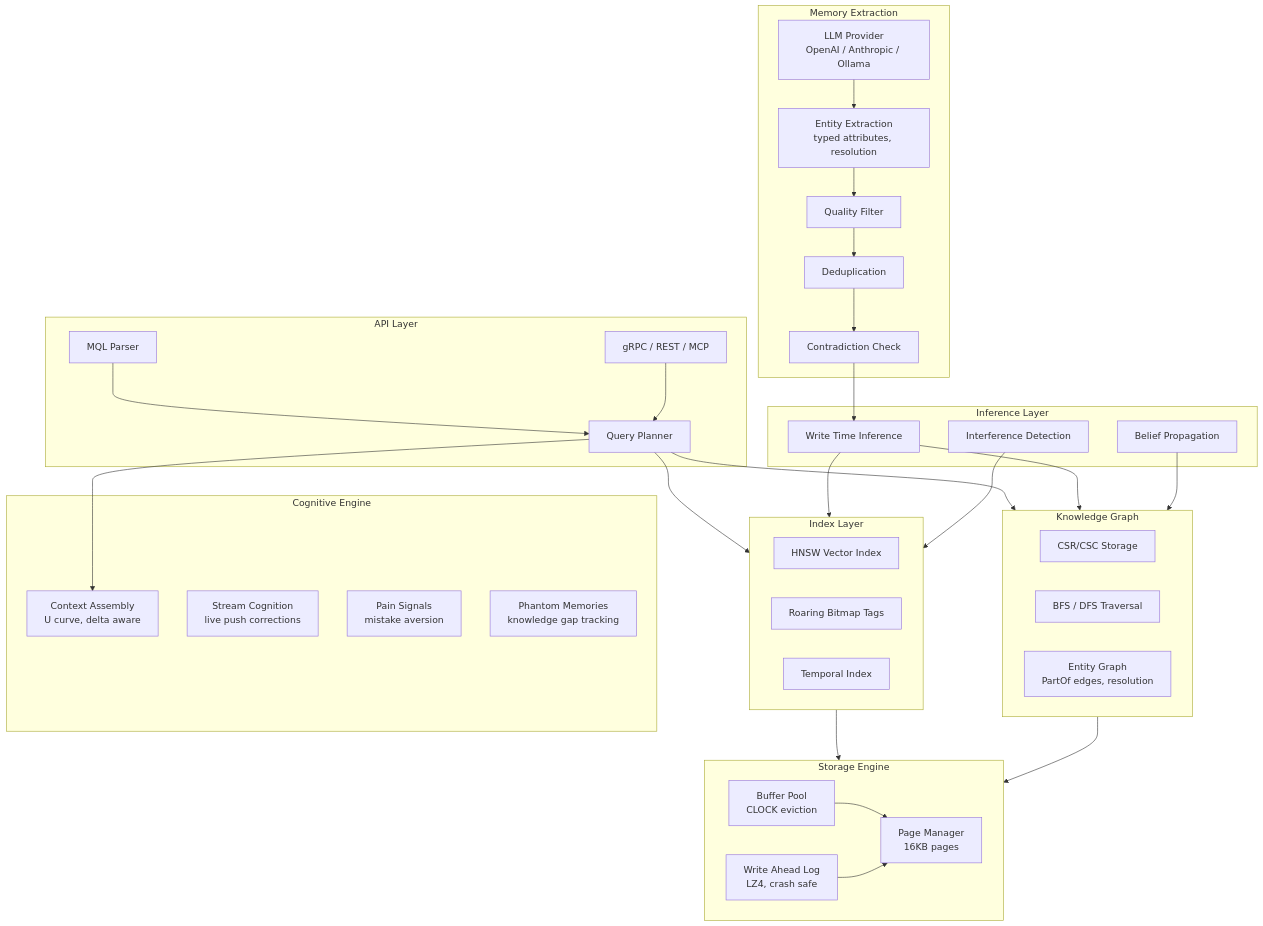
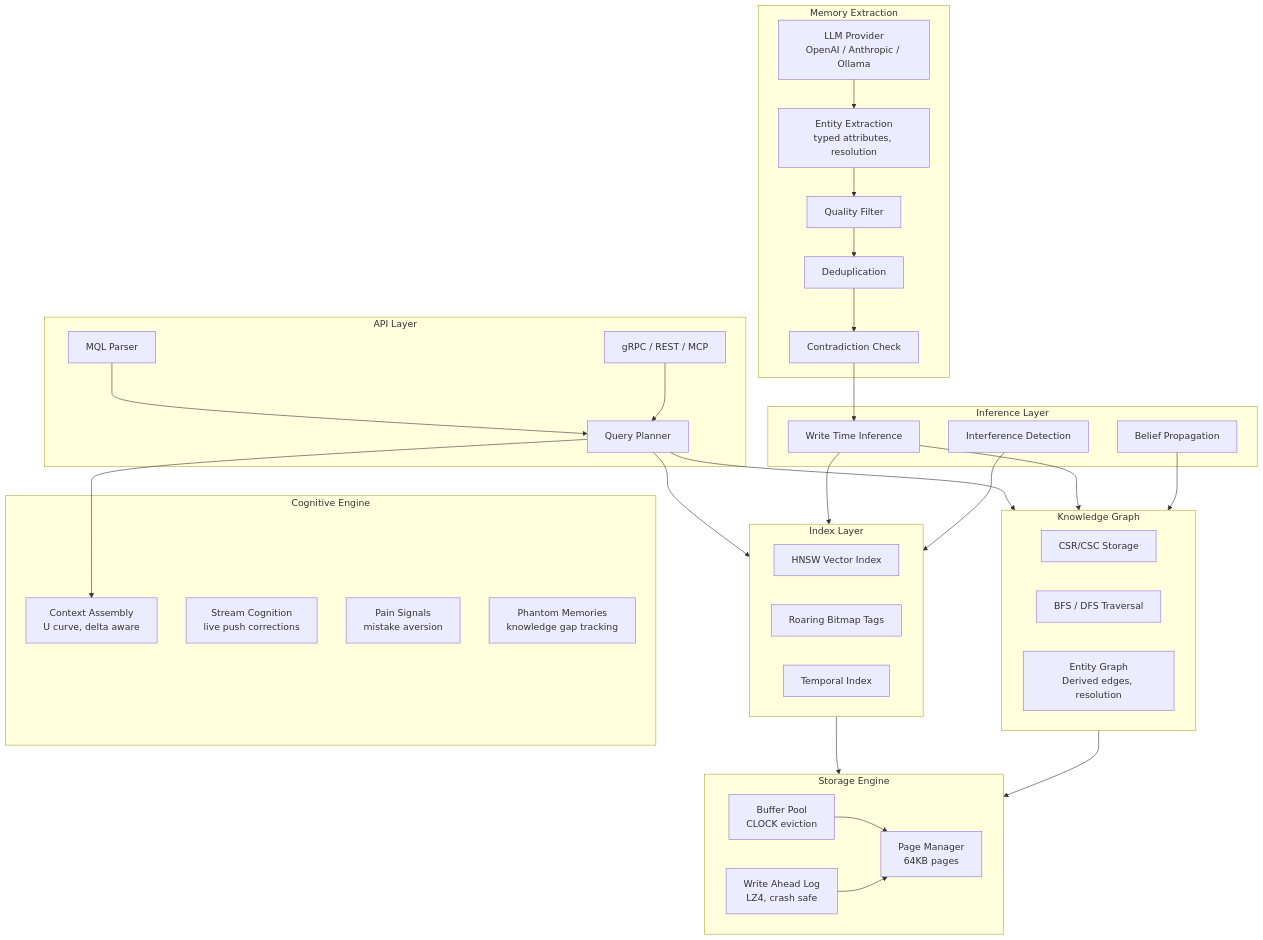
One commit to nambok/mentedb changed the diagram in README.md. Above: the diagram before and after it, drawn with Mermaid. The commit also changed other lines of this file and 1 other file, not shown here.

Commit message:
docs: align README and architecture docs with actual engine behavior

````diff
--- a/README.md
+++ b/README.md
@@ -272,66 +272,66 @@
 ```mermaid
 graph TD
     subgraph API["API Layer"]
         MQL["MQL Parser"]
         QE["Query Planner"]
         GRPC["gRPC / REST / MCP"]
     end
 
     subgraph Extraction["Memory Extraction"]
         LLM["LLM Provider<br/>OpenAI / Anthropic / Ollama"]
         ENT["Entity Extraction<br/>typed attributes, resolution"]
         QF["Quality Filter"]
         DEDUP["Deduplication"]
         CONTRA_EX["Contradiction Check"]
     end
 
     subgraph Cognitive["Cognitive Engine"]
         CTX["Context Assembly<br/>U curve, delta aware"]
         STREAM["Stream Cognition<br/>live push corrections"]
         PAIN["Pain Signals<br/>mistake aversion"]
         PHANTOM["Phantom Memories<br/>knowledge gap tracking"]
     end
 
     subgraph Intelligence["Inference Layer"]
         BP["Belief Propagation"]
         WI["Write Time Inference"]
         INTERF["Interference Detection"]
     end
 
     subgraph Index["Index Layer"]
         HNSW["HNSW Vector Index"]
         ROAR["Roaring Bitmap Tags"]
         TEMP["Temporal Index"]
     end
 
     subgraph Graph["Knowledge Graph"]
         CSR["CSR/CSC Storage"]
         TRAV["BFS / DFS Traversal"]
-        ENTG["Entity Graph<br/>PartOf edges, resolution"]
+        ENTG["Entity Graph<br/>Derived edges, resolution"]
     end
 
     subgraph Storage["Storage Engine"]
         BUF["Buffer Pool<br/>CLOCK eviction"]
         WAL["Write Ahead Log<br/>LZ4, crash safe"]
-        PAGE["Page Manager<br/>16KB pages"]
+        PAGE["Page Manager<br/>64KB pages"]
     end
 
     LLM --> ENT --> QF --> DEDUP --> CONTRA_EX --> WI
 
     MQL --> QE
     GRPC --> QE
     QE --> CTX
     QE --> Index
     QE --> Graph
 
     WI --> Graph
     WI --> Index
     BP --> Graph
     INTERF --> Index
 
     Index --> Storage
     Graph --> Storage
 
     BUF --> PAGE
     WAL --> PAGE
 ```
````
